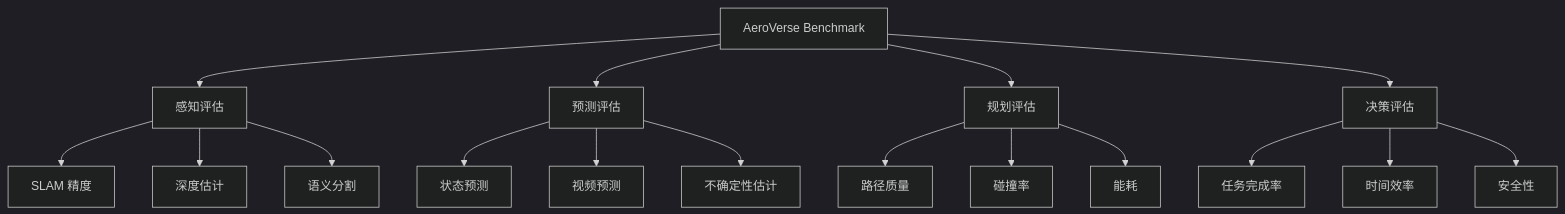
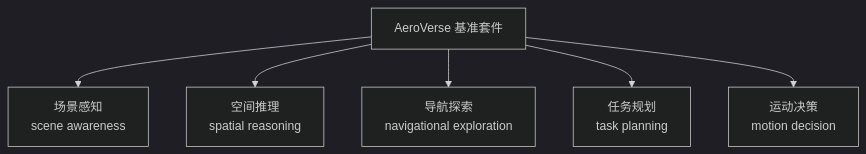
One commit to Qxy661/UAV-WM-VLA-Learning changed the third of 7 diagrams in docs/02-世界模型专题/06-关键数据集与基准.md. Above: the diagram before and after it, drawn with Mermaid (dark theme). The commit also changed other lines of this file and 53 other files, not shown here.

````diff
--- a/docs/02-世界模型专题/06-关键数据集与基准.md
+++ b/docs/02-世界模型专题/06-关键数据集与基准.md
@@ -95,23 +102,8 @@
 ```mermaid
 graph TB
-    A[AeroVerse Benchmark] --> B[感知评估]
-    A --> C[预测评估]
-    A --> D[规划评估]
-    A --> E[决策评估]
-
-    B --> B1[SLAM 精度]
-    B --> B2[深度估计]
-    B --> B3[语义分割]
-
-    C --> C1[状态预测]
-    C --> C2[视频预测]
-    C --> C3[不确定性估计]
-
-    D --> D1[路径质量]
-    D --> D2[碰撞率]
-    D --> D3[能耗]
-
-    E --> E1[任务完成率]
-    E --> E2[时间效率]
-    E --> E3[安全性]
+    A[AeroVerse 基准套件] --> B[场景感知<br/>scene awareness]
+    A --> C[空间推理<br/>spatial reasoning]
+    A --> D[导航探索<br/>navigational exploration]
+    A --> E[任务规划<br/>task planning]
+    A --> F[运动决策<br/>motion decision]
 ```
````
